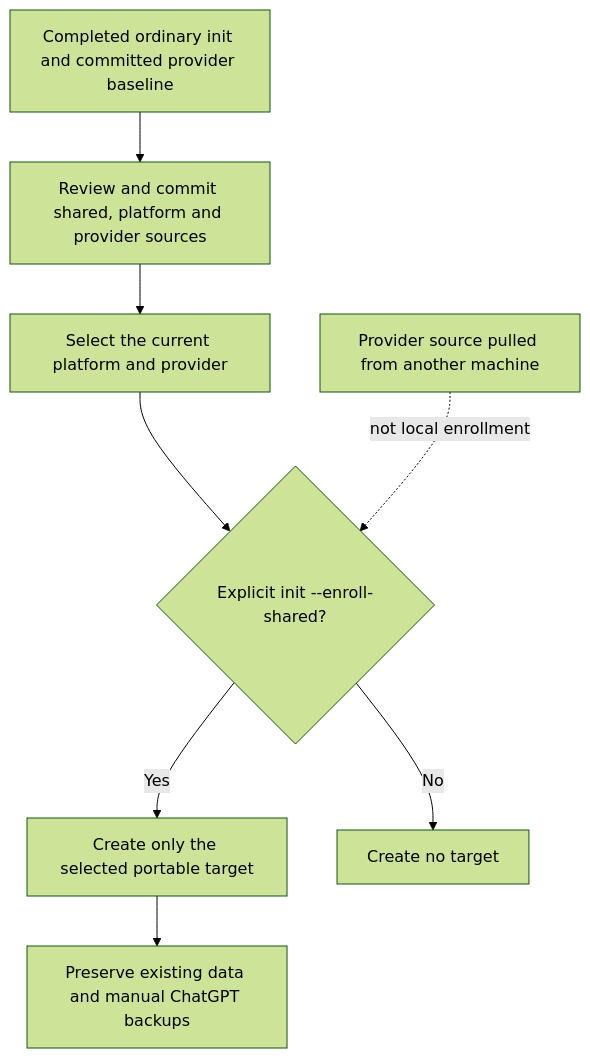
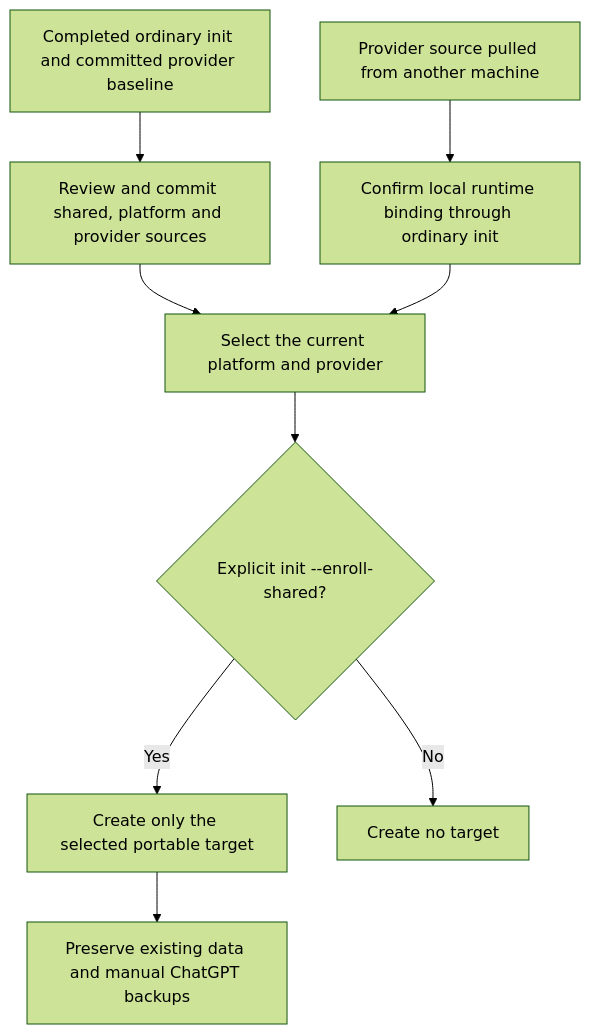
The fourth of 9 diagrams in docs/shared-instructions-design.md (ferrywlto/ai-env-as-code), drawn with Mermaid (forest theme) before and after one commit. The commit also changed other lines of this file and 6 other files, not shown here.

Commit message:
fix(init): allow shared enrollment from attached checkout

````diff
--- a/docs/shared-instructions-design.md
+++ b/docs/shared-instructions-design.md
@@ -85,10 +85,11 @@
 ```mermaid
 flowchart TD
     Legacy[Completed ordinary init and committed provider baseline] --> Split[Review and commit shared, platform and provider sources]
     Split --> Select[Select the current platform and provider]
     Select --> Init{Explicit init --enroll-shared?}
     Init -->|Yes| Create[Create only the selected portable target]
     Init -->|No| None[Create no target]
-    Pulled[Provider source pulled from another machine] -.->|not local enrollment| Init
+    Pulled[Provider source pulled from another machine] --> Attach[Confirm local runtime binding through ordinary init]
+    Attach --> Select
     Create --> Keep[Preserve existing data and manual ChatGPT backups]
 ```
````
